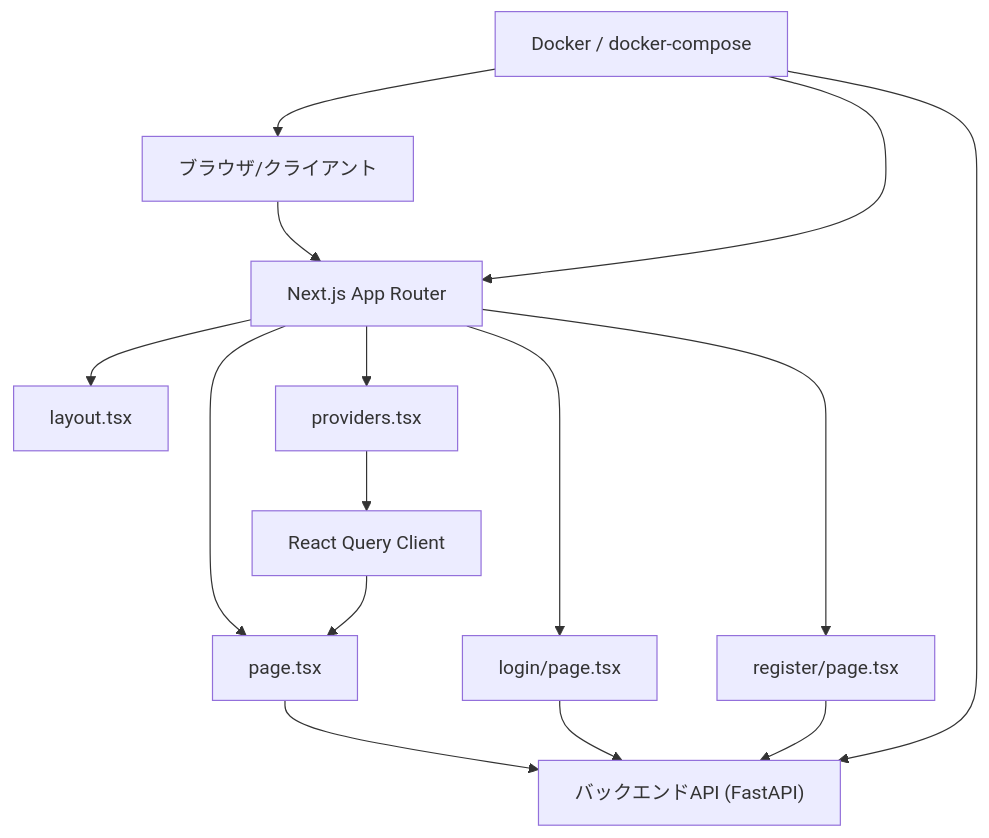
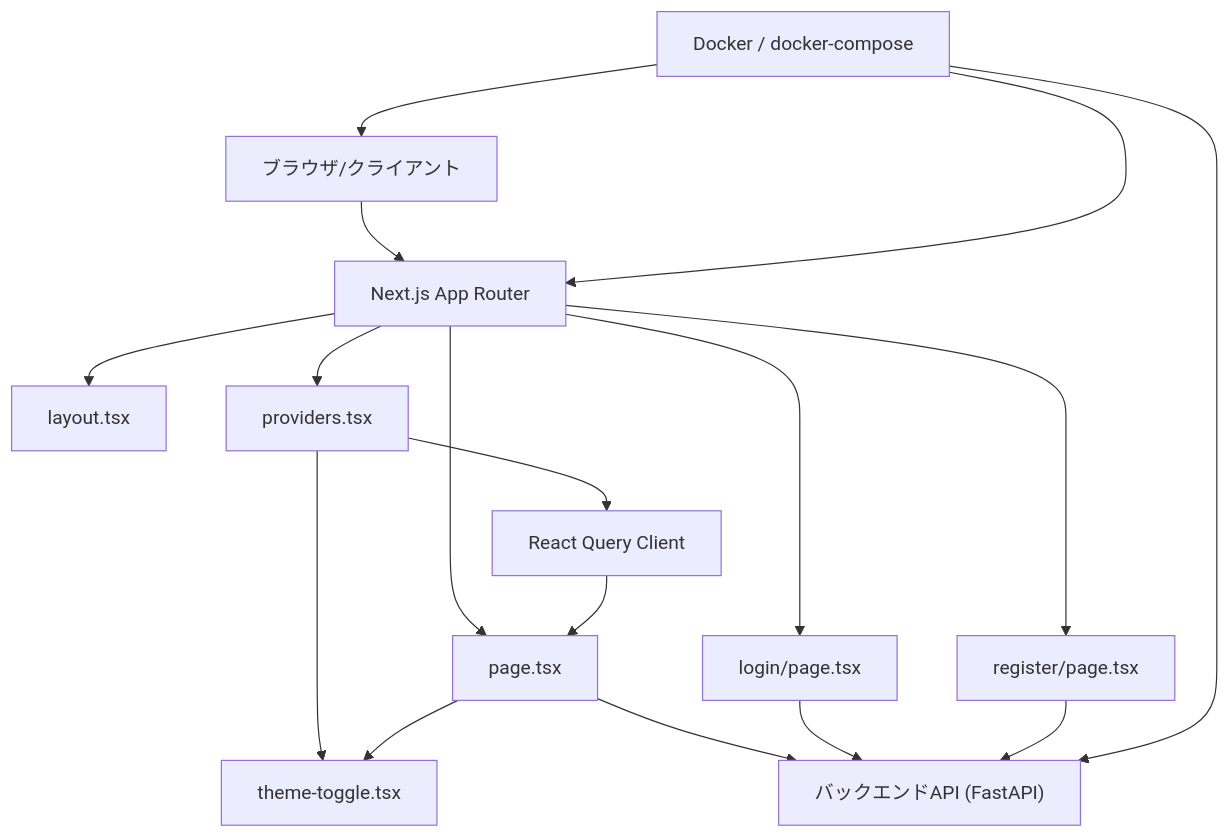
The second of 14 diagrams in .qoder/repowiki/ja/content/フロントエンド開発.md (ss8806/Todos), drawn with Mermaid before and after one commit. The commit also changed other lines of this file and 6 other files, not shown here.

````diff
--- a/.qoder/repowiki/ja/content/フロントエンド開発.md
+++ b/.qoder/repowiki/ja/content/フロントエンド開発.md
@@ -204,27 +218,30 @@
 ```mermaid
 graph TB
 CLIENT["ブラウザ/クライアント"]
 NEXT["Next.js App Router"]
 LAYOUTCOMP["layout.tsx"]
 PAGECOMP["page.tsx"]
 LOGINCOMP["login/page.tsx"]
 REGISTERCOMP["register/page.tsx"]
 PROVIDERSCOMP["providers.tsx"]
+THEMETOGGLECOMP["theme-toggle.tsx"]
 QUERYCLIENT["React Query Client"]
 API["バックエンドAPI (FastAPI)"]
 DOCKER["Docker / docker-compose"]
 CLIENT --> NEXT
 NEXT --> LAYOUTCOMP
 NEXT --> PAGECOMP
 NEXT --> LOGINCOMP
 NEXT --> REGISTERCOMP
 NEXT --> PROVIDERSCOMP
+PROVIDERSCOMP --> THEMETOGGLECOMP
 PROVIDERSCOMP --> QUERYCLIENT
 QUERYCLIENT --> PAGECOMP
 PAGECOMP --> API
+PAGECOMP --> THEMETOGGLECOMP
 LOGINCOMP --> API
 REGISTERCOMP --> API
 DOCKER --> CLIENT
 DOCKER --> NEXT
 DOCKER --> API
 ```
````
